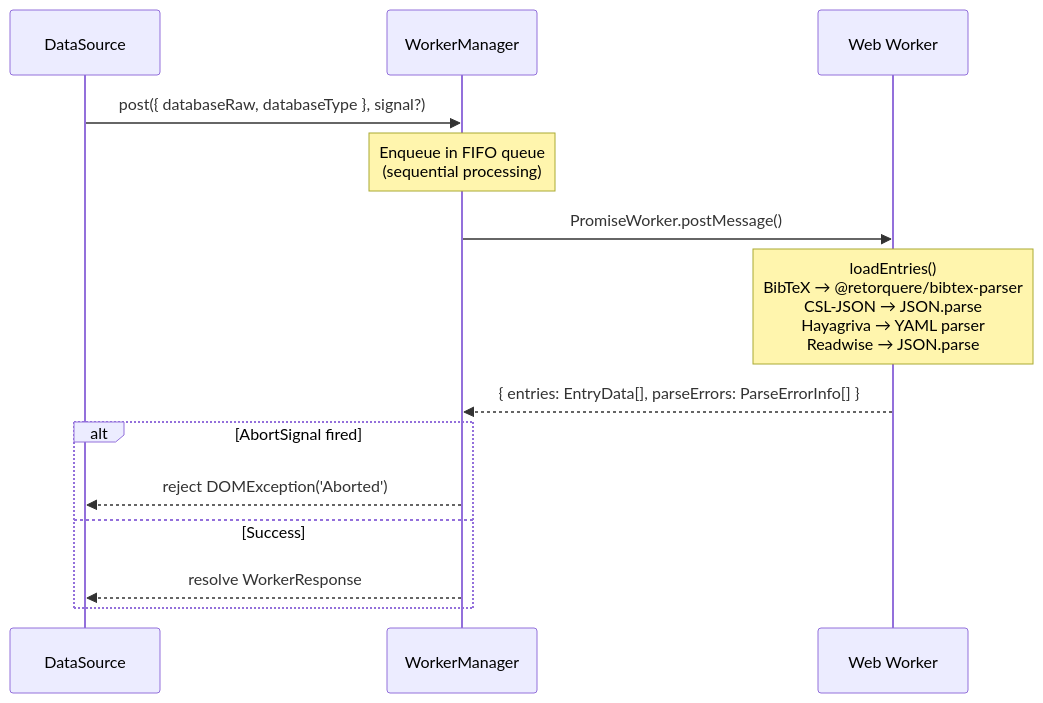
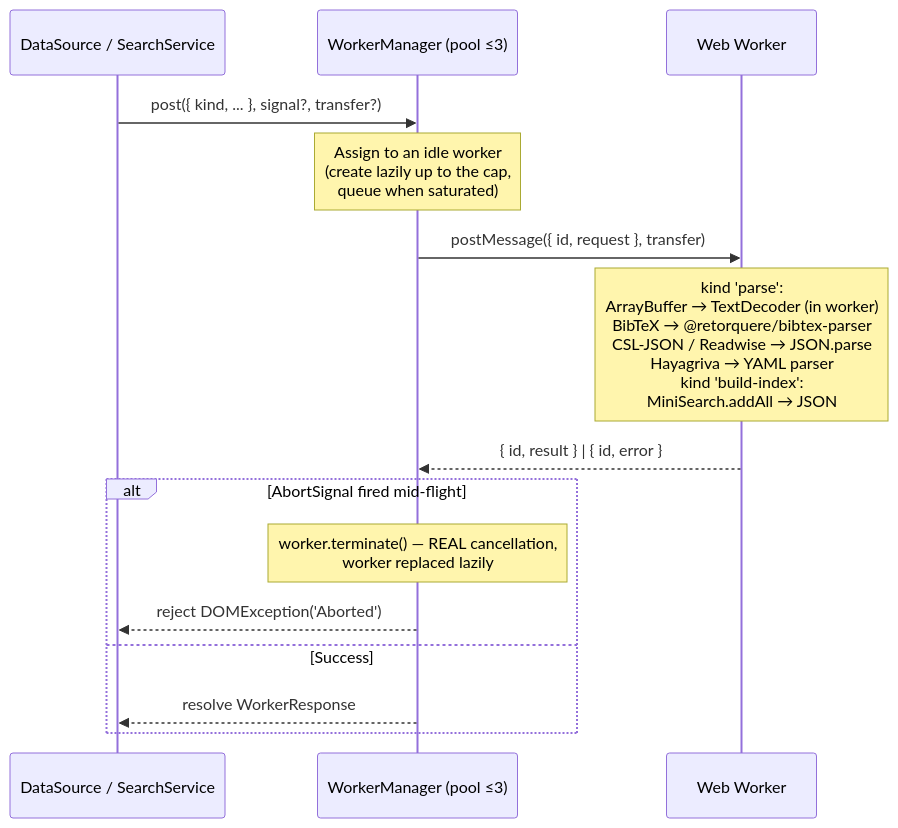
Before and after one commit to akhmialeuski/obsidian-citation-extended: diagram 21 of 22 in docs/architecture.md, drawn with Mermaid. The commit also changed other lines of this file and 2 other files, not shown here.

First line of the commit message:
docs(architecture): document incremental loading and worker pool

````diff
--- a/docs/architecture.md
+++ b/docs/architecture.md
@@ -1077,20 +1179,21 @@
 ```mermaid
 sequenceDiagram
-    participant DS as DataSource
-    participant WM as WorkerManager
+    participant DS as DataSource / SearchService
+    participant WM as WorkerManager (pool ≤3)
     participant W as Web Worker
 
-    DS->>WM: post({ databaseRaw, databaseType }, signal?)
-    Note over WM: Enqueue in FIFO queue<br/>(sequential processing)
+    DS->>WM: post({ kind, ... }, signal?, transfer?)
+    Note over WM: Assign to an idle worker<br/>(create lazily up to the cap,<br/>queue when saturated)
 
-    WM->>W: PromiseWorker.postMessage()
-    Note over W: loadEntries()<br/>BibTeX → @retorquere/bibtex-parser<br/>CSL-JSON → JSON.parse<br/>Hayagriva → YAML parser<br/>Readwise → JSON.parse
+    WM->>W: postMessage({ id, request }, transfer)
+    Note over W: kind 'parse':<br/>ArrayBuffer → TextDecoder (in worker)<br/>BibTeX → @retorquere/bibtex-parser<br/>CSL-JSON / Readwise → JSON.parse<br/>Hayagriva → YAML parser<br/>kind 'build-index':<br/>MiniSearch.addAll → JSON
 
-    W-->>WM: { entries: EntryData[], parseErrors: ParseErrorInfo[] }
+    W-->>WM: { id, result } | { id, error }
 
-    alt AbortSignal fired
+    alt AbortSignal fired mid-flight
+        Note over WM: worker.terminate() — REAL cancellation,<br/>worker replaced lazily
         WM-->>DS: reject DOMException('Aborted')
     else Success
         WM-->>DS: resolve WorkerResponse
     end
 ```
````
